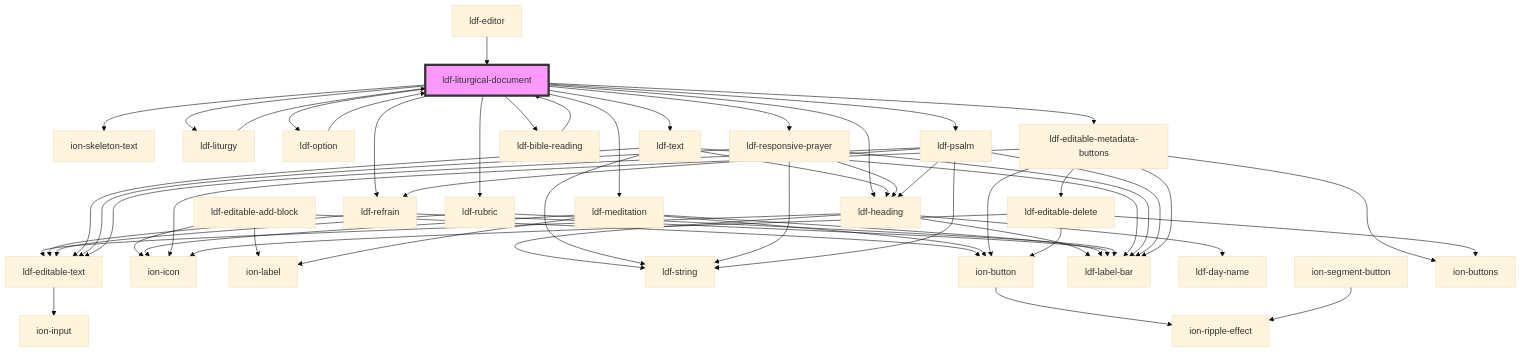
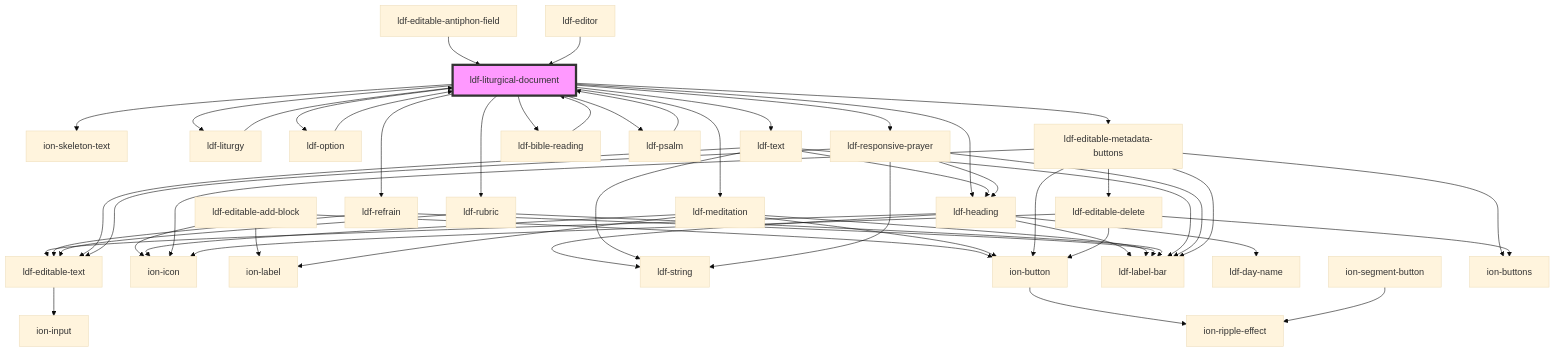
One commit to gbj/venite changed the diagram in components/src/components/liturgical-document/readme.md. Above: the diagram before and after it, drawn with Mermaid (base theme). The commit also changed other lines of this file and 19 other files, not shown here.

Commit message:
Editable Antiphon and Gloria work

````diff
--- a/components/src/components/liturgical-document/readme.md
+++ b/components/src/components/liturgical-document/readme.md
@@ -53,59 +55,56 @@
 ```mermaid
 graph TD;
   ldf-liturgical-document --> ion-skeleton-text
   ldf-liturgical-document --> ldf-liturgy
   ldf-liturgical-document --> ldf-heading
   ldf-liturgical-document --> ldf-meditation
   ldf-liturgical-document --> ldf-option
   ldf-liturgical-document --> ldf-refrain
   ldf-liturgical-document --> ldf-rubric
   ldf-liturgical-document --> ldf-text
   ldf-liturgical-document --> ldf-responsive-prayer
   ldf-liturgical-document --> ldf-bible-reading
   ldf-liturgical-document --> ldf-psalm
   ldf-liturgical-document --> ldf-editable-metadata-buttons
   ldf-liturgy --> ldf-liturgical-document
   ldf-editable-add-block --> ion-button
   ldf-editable-add-block --> ion-icon
   ldf-editable-add-block --> ion-label
   ion-button --> ion-ripple-effect
   ldf-heading --> ldf-string
   ldf-heading --> ldf-editable-text
   ldf-heading --> ldf-label-bar
   ldf-heading --> ldf-day-name
   ldf-editable-text --> ion-input
   ldf-meditation --> ion-button
   ldf-meditation --> ion-icon
   ldf-meditation --> ion-label
   ldf-meditation --> ldf-label-bar
   ldf-option --> ldf-liturgical-document
   ion-segment-button --> ion-ripple-effect
   ldf-refrain --> ldf-label-bar
   ldf-refrain --> ldf-editable-text
   ldf-rubric --> ldf-label-bar
   ldf-rubric --> ldf-editable-text
   ldf-text --> ldf-label-bar
   ldf-text --> ldf-heading
   ldf-text --> ldf-editable-text
   ldf-text --> ldf-string
   ldf-responsive-prayer --> ldf-editable-text
   ldf-responsive-prayer --> ldf-string
   ldf-responsive-prayer --> ldf-label-bar
   ldf-responsive-prayer --> ldf-heading
   ldf-bible-reading --> ldf-liturgical-document
-  ldf-psalm --> ldf-refrain
-  ldf-psalm --> ldf-heading
-  ldf-psalm --> ldf-label-bar
-  ldf-psalm --> ldf-editable-text
-  ldf-psalm --> ldf-string
+  ldf-psalm --> ldf-liturgical-document
   ldf-editable-metadata-buttons --> ldf-label-bar
   ldf-editable-metadata-buttons --> ion-buttons
   ldf-editable-metadata-buttons --> ion-button
   ldf-editable-metadata-buttons --> ion-icon
   ldf-editable-metadata-buttons --> ldf-editable-delete
   ldf-editable-delete --> ion-buttons
   ldf-editable-delete --> ion-button
   ldf-editable-delete --> ion-icon
+  ldf-editable-antiphon-field --> ldf-liturgical-document
   ldf-editor --> ldf-liturgical-document
   style ldf-liturgical-document fill:#f9f,stroke:#333,stroke-width:4px
 ```
````
